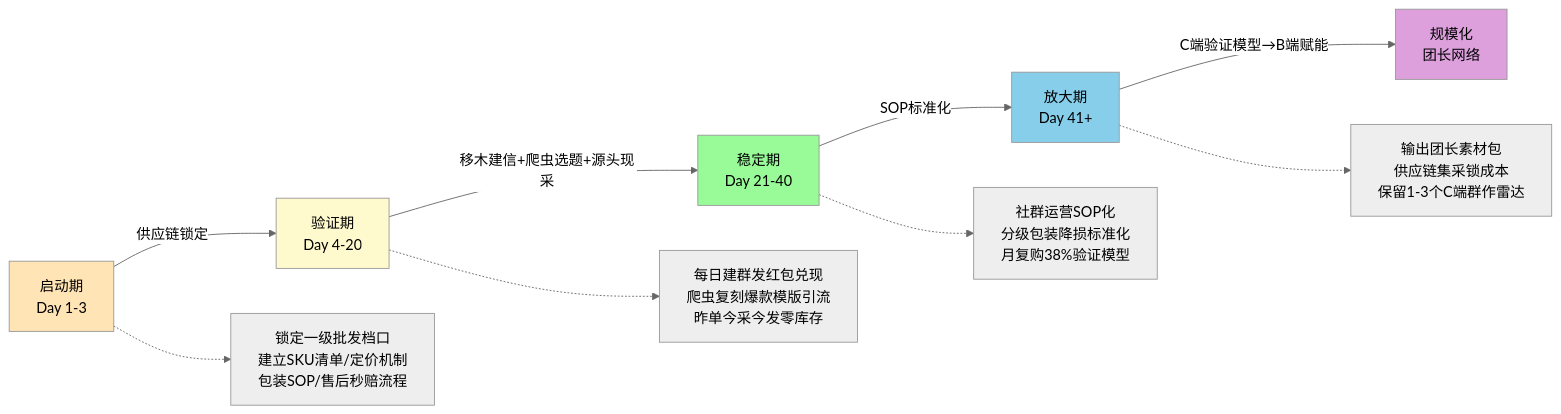
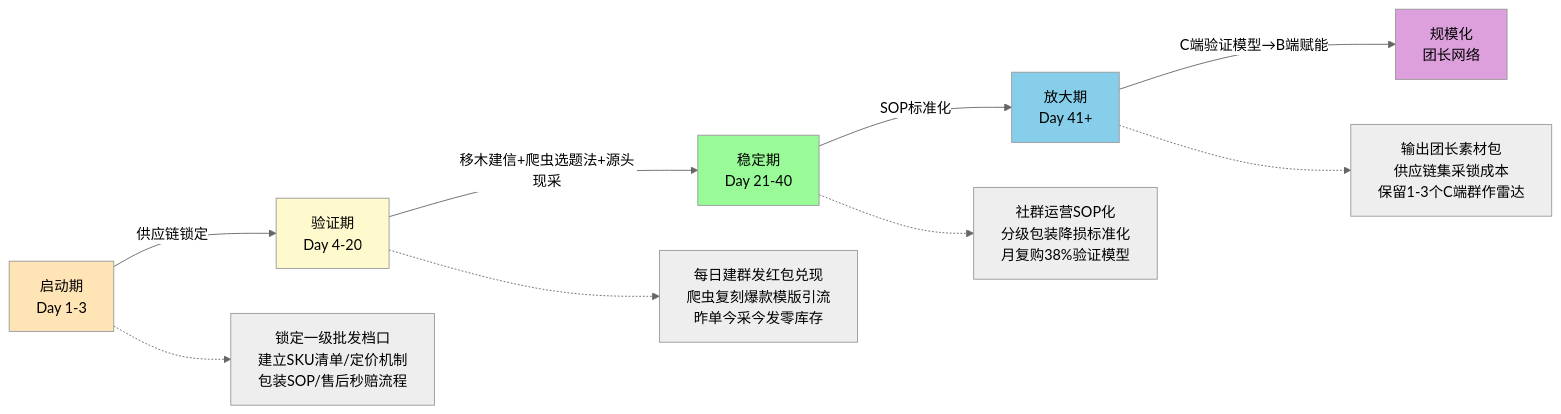
The fourth of 6 diagrams in docs/202303_paper2textbook/chapter_053.md (OpenDocCN1/flygon-zhuanqian-zhoubao), drawn with Mermaid (neutral theme) before and after one commit. The commit also changed other lines of this file and 1 other file, not shown here.

````diff
--- a/docs/202303_paper2textbook/chapter_053.md
+++ b/docs/202303_paper2textbook/chapter_053.md
@@ -442,18 +443,18 @@
 ```mermaid
 graph LR
     S0[启动期<br/>Day 1-3] -->|供应链锁定| S1[验证期<br/>Day 4-20]
-    S1 -->|移木建信+爬虫选题+源头现采| S2[稳定期<br/>Day 21-40]
+    S1 -->|移木建信+爬虫选题法+源头现采| S2[稳定期<br/>Day 21-40]
     S2 -->|SOP标准化| S3[放大期<br/>Day 41+]
     S3 -->|C端验证模型→B端赋能| S4[规模化<br/>团长网络]
     
     S0 -.-> A1[锁定一级批发档口<br/>建立SKU清单/定价机制<br/>包装SOP/售后秒赔流程]
     S1 -.-> A2[每日建群发红包兑现<br/>爬虫复刻爆款模版引流<br/>昨单今采今发零库存]
     S2 -.-> A3[社群运营SOP化<br/>分级包装降损标准化<br/>月复购38%验证模型]
     S3 -.-> A4[输出团长素材包<br/>供应链集采锁成本<br/>保留1-3个C端群作雷达]
     
     style S0 fill:#ffe4b5
     style S1 fill:#fffacd
     style S2 fill:#98fb98
     style S3 fill:#87ceeb
     style S4 fill:#dda0dd
 ```
````
